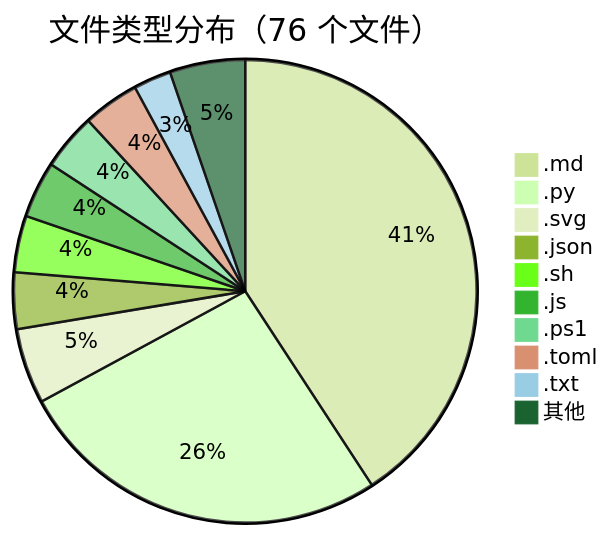
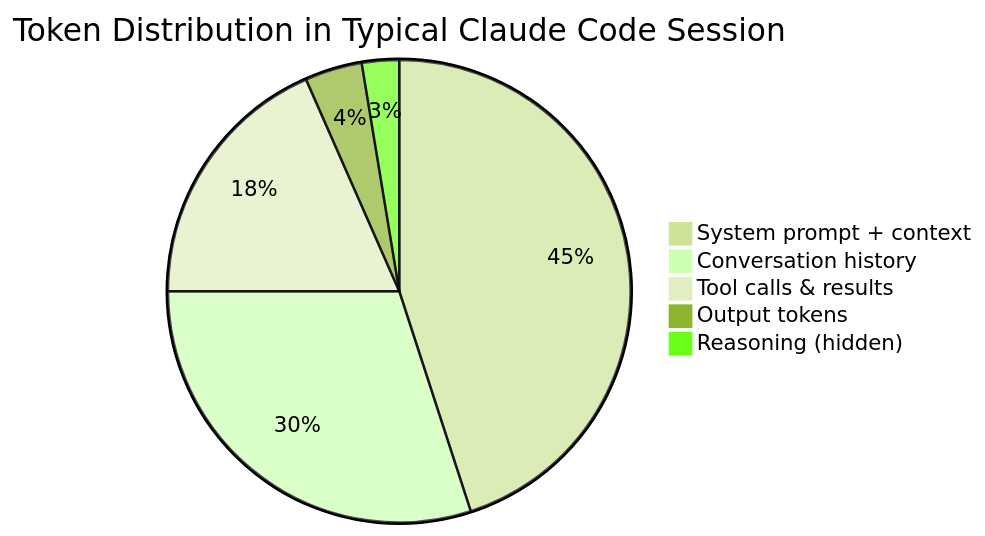
Before and after one commit to YoRHa-Agents/NineS: the third of 8 diagrams in docs/showcase/caveman-analysis.zh.md, drawn with Mermaid (forest theme). The commit also changed other lines of this file and 14 other files, not shown here.

````diff
--- a/docs/showcase/caveman-analysis.zh.md
+++ b/docs/showcase/caveman-analysis.zh.md
@@ -53,13 +158,8 @@
 ```mermaid
-pie title 文件类型分布（76 个文件）
-    ".md" : 31
-    ".py" : 20
-    ".svg" : 4
-    ".json" : 3
-    ".sh" : 3
-    ".js" : 3
-    ".ps1" : 3
-    ".toml" : 3
-    ".txt" : 2
-    "其他" : 4
+pie title Token Distribution in Typical Claude Code Session
+    "System prompt + context" : 45
+    "Conversation history" : 30
+    "Tool calls & results" : 18.4
+    "Output tokens" : 4
+    "Reasoning (hidden)" : 2.6
 ```
````
